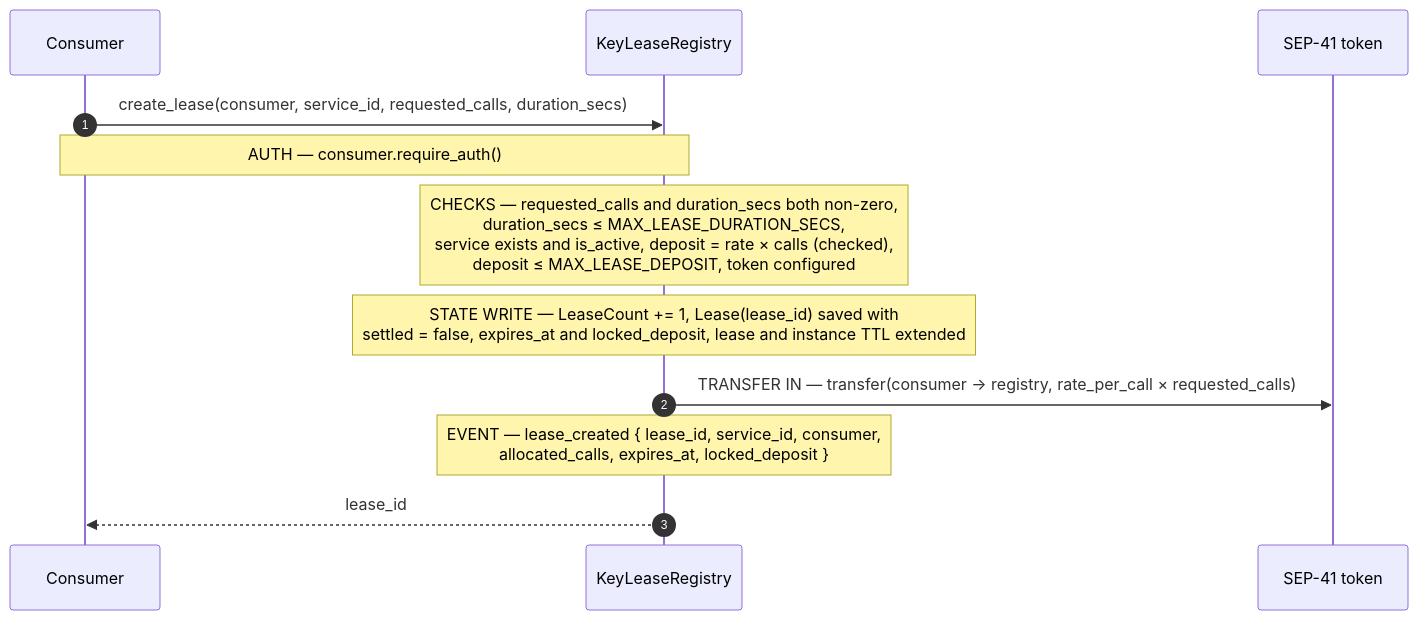
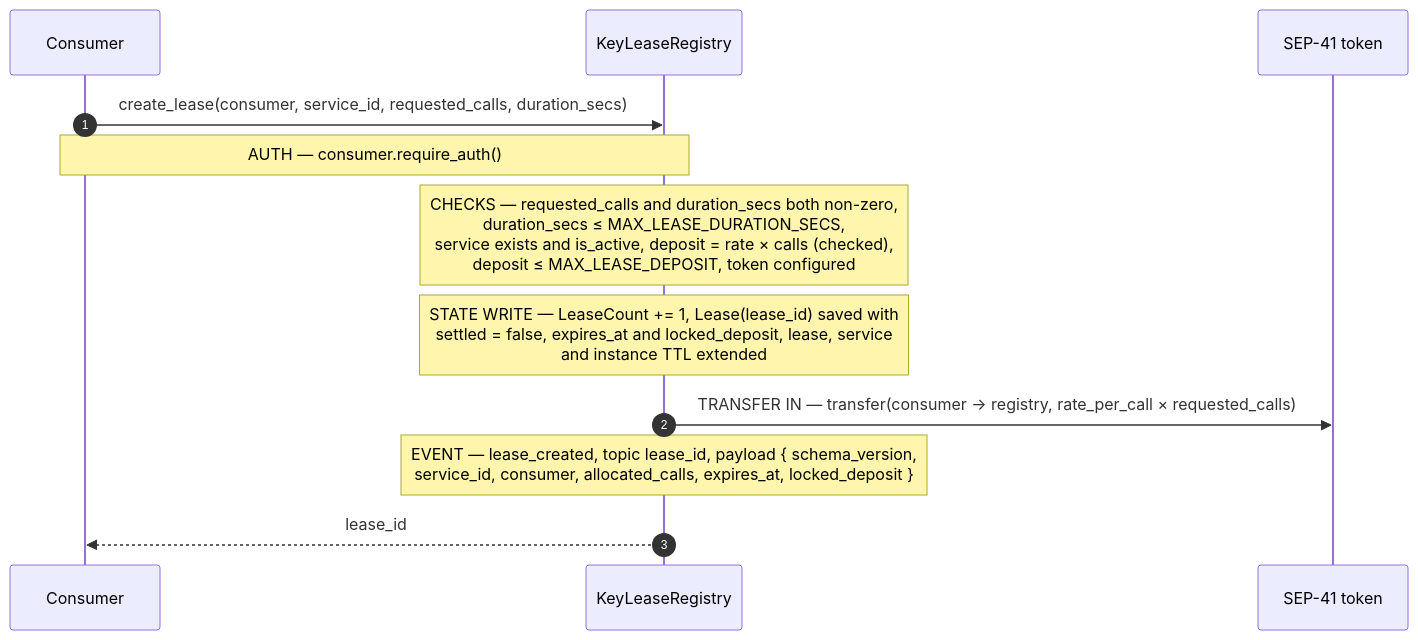
Before and after one commit to KeyLease-Security/keylease-core: the third of 5 diagrams in docs/architecture.md, drawn with Mermaid. The commit also changed other lines of this file and 2 other files, not shown here.

Commit message:
docs: reconcile the Wave-12 pages with PR #160
#160 landed while this branch was open: reads became pure, `bump_service`
and `bump_lease` took over lifetime extension, every event payload gained
a `schema_version` key, and `MAX_ENTRY_TTL_LEDGERS` plus
`EVENT_SCHEMA_VERSION` became protocol constants. The rebased pages
described the contract as it was before that.

Diagram the service TTL extension `create_lease` now performs, name the
topic separately from the payload in all three event steps, and stop
framing the bump tripwire around reads. Link the storage-lifetime and
event-schema sections rather than restating them.

````diff
--- a/docs/architecture.md
+++ b/docs/architecture.md
@@ -118,15 +118,15 @@
 ```mermaid
 sequenceDiagram
     autonumber
     participant C as Consumer
     participant R as KeyLeaseRegistry
     participant T as SEP-41 token
 
     C->>R: create_lease(consumer, service_id, requested_calls, duration_secs)
     Note over C,R: AUTH — consumer.require_auth()
     Note over R: CHECKS — requested_calls and duration_secs both non-zero,<br/>duration_secs ≤ MAX_LEASE_DURATION_SECS,<br/>service exists and is_active, deposit = rate × calls (checked),<br/>deposit ≤ MAX_LEASE_DEPOSIT, token configured
-    Note over R: STATE WRITE — LeaseCount += 1, Lease(lease_id) saved with<br/>settled = false, expires_at and locked_deposit, lease and instance TTL extended
+    Note over R: STATE WRITE — LeaseCount += 1, Lease(lease_id) saved with<br/>settled = false, expires_at and locked_deposit, lease, service<br/>and instance TTL extended
     R->>T: TRANSFER IN — transfer(consumer → registry, rate_per_call × requested_calls)
-    Note over R: EVENT — lease_created { lease_id, service_id, consumer,<br/>allocated_calls, expires_at, locked_deposit }
+    Note over R: EVENT — lease_created, topic lease_id, payload { schema_version,<br/>service_id, consumer, allocated_calls, expires_at, locked_deposit }
     R-->>C: lease_id
 ```
````
